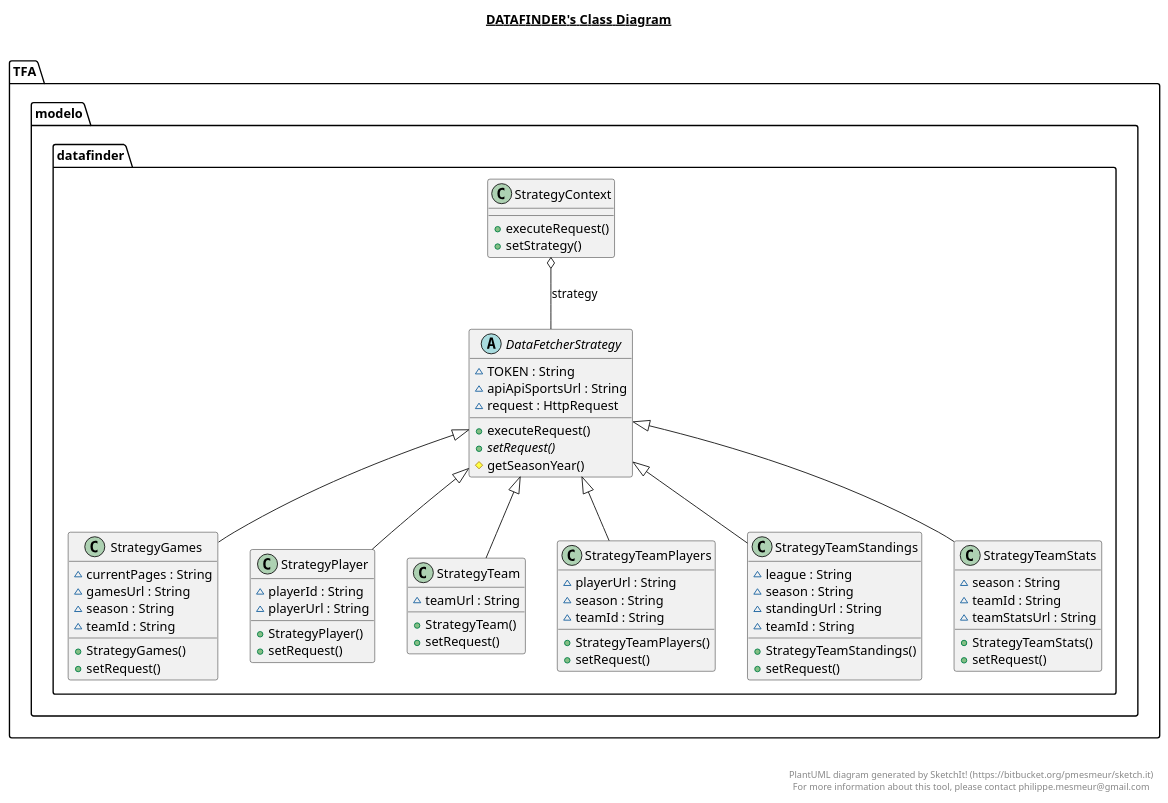
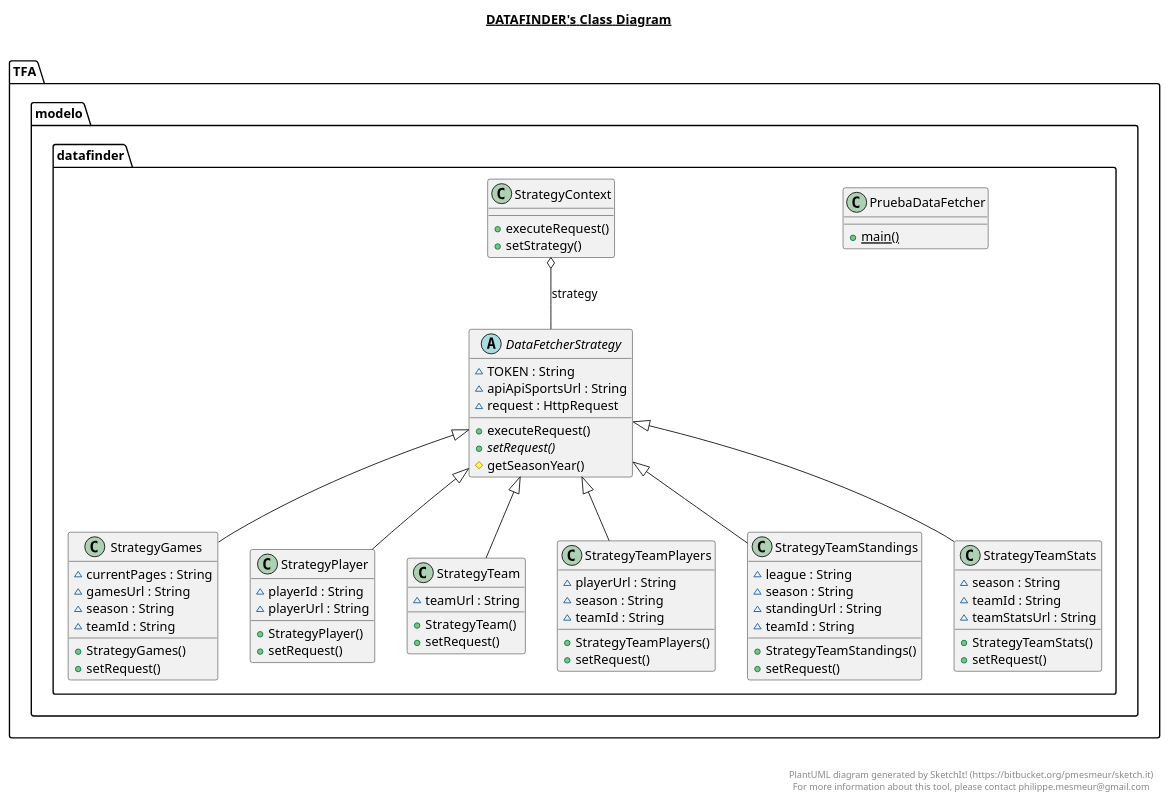
The diagram in src/TFA/modelo/datafinder/datafinder.plantuml (Diegodmbot/ULL-DAP-TrabajoFinalNBA), drawn with PlantUML before and after one commit. The commit also changed 12 other files, not shown here.

```diff
--- a/src/TFA/modelo/datafinder/datafinder.plantuml
+++ b/src/TFA/modelo/datafinder/datafinder.plantuml
@@ -1,140 +1,149 @@
 @startuml
 
 title __DATAFINDER's Class Diagram__\n
 
   namespace TFA {
     namespace modelo {
       namespace datafinder {
         abstract class TFA.modelo.datafinder.DataFetcherStrategy {
             ~ TOKEN : String
             ~ apiApiSportsUrl : String
             ~ request : HttpRequest
             + executeRequest()
             {abstract} + setRequest()
             # getSeasonYear()
         }
       }
     }
   }
   
 
+  namespace TFA {
+    namespace modelo {
+      namespace datafinder {
+        class TFA.modelo.datafinder.PruebaDataFetcher {
+            {static} + main()
+        }
+      }
+    }
+  }
   
 
   namespace TFA {
     namespace modelo {
       namespace datafinder {
         class TFA.modelo.datafinder.StrategyContext {
             + executeRequest()
             + setStrategy()
         }
       }
     }
   }
   
 
   namespace TFA {
     namespace modelo {
       namespace datafinder {
         class TFA.modelo.datafinder.StrategyGames {
             ~ currentPages : String
             ~ gamesUrl : String
             ~ season : String
             ~ teamId : String
             + StrategyGames()
             + setRequest()
         }
       }
     }
   }
   
 
   namespace TFA {
     namespace modelo {
       namespace datafinder {
         class TFA.modelo.datafinder.StrategyPlayer {
             ~ playerId : String
             ~ playerUrl : String
             + StrategyPlayer()
             + setRequest()
         }
       }
     }
   }
   
 
   namespace TFA {
     namespace modelo {
       namespace datafinder {
         class TFA.modelo.datafinder.StrategyTeam {
             ~ teamUrl : String
             + StrategyTeam()
             + setRequest()
         }
       }
     }
   }
   
 
   namespace TFA {
     namespace modelo {
       namespace datafinder {
         class TFA.modelo.datafinder.StrategyTeamPlayers {
             ~ playerUrl : String
             ~ season : String
             ~ teamId : String
             + StrategyTeamPlayers()
             + setRequest()
         }
       }
     }
   }
   
 
   namespace TFA {
     namespace modelo {
       namespace datafinder {
         class TFA.modelo.datafinder.StrategyTeamStandings {
             ~ league : String
             ~ season : String
             ~ standingUrl : String
             ~ teamId : String
             + StrategyTeamStandings()
             + setRequest()
         }
       }
     }
   }
   
 
   namespace TFA {
     namespace modelo {
       namespace datafinder {
         class TFA.modelo.datafinder.StrategyTeamStats {
             ~ season : String
             ~ teamId : String
             ~ teamStatsUrl : String
             + StrategyTeamStats()
             + setRequest()
         }
       }
     }
   }
   
 
   TFA.modelo.datafinder.StrategyContext o-- TFA.modelo.datafinder.DataFetcherStrategy : strategy
   TFA.modelo.datafinder.StrategyGames -up-|> TFA.modelo.datafinder.DataFetcherStrategy
   TFA.modelo.datafinder.StrategyPlayer -up-|> TFA.modelo.datafinder.DataFetcherStrategy
   TFA.modelo.datafinder.StrategyTeam -up-|> TFA.modelo.datafinder.DataFetcherStrategy
   TFA.modelo.datafinder.StrategyTeamPlayers -up-|> TFA.modelo.datafinder.DataFetcherStrategy
   TFA.modelo.datafinder.StrategyTeamStandings -up-|> TFA.modelo.datafinder.DataFetcherStrategy
   TFA.modelo.datafinder.StrategyTeamStats -up-|> TFA.modelo.datafinder.DataFetcherStrategy
 
 
 right footer
 
 
 PlantUML diagram generated by SketchIt! (https://bitbucket.org/pmesmeur/sketch.it)
 For more information about this tool, please contact philippe.mesmeur@gmail.com
 endfooter
 
 @enduml
```
